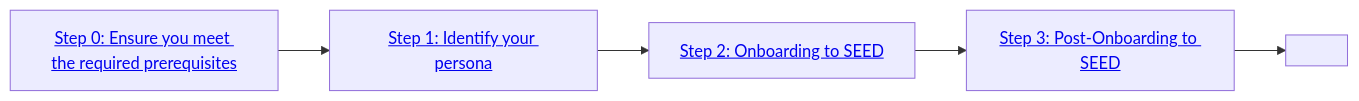
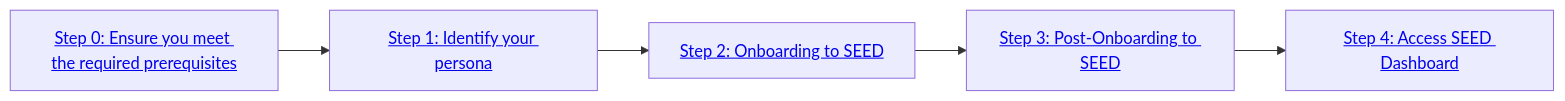
One commit to GovTechSG/seed-primer-documentation changed the diagram in getting-started.md. Above: the diagram before and after it, drawn with Mermaid.

````diff
--- a/getting-started.md
+++ b/getting-started.md
@@ -5,12 +5,12 @@
 ```mermaid
 flowchart LR
     A["<a href='https://docs.developer.tech.gov.sg/docs/staging-seed-primer/getting-started?id=step-0-ensure-you-meet-the-required-prerequisites' >Step 0: Ensure you meet the required prerequisites</a>"]
     B["<a href='https://docs.developer.tech.gov.sg/docs/staging-seed-primer/getting-started?id=step-1-identify-your-onboarding-persona'>Step 1: Identify your persona</a>"]
     C["<a href='https://docs.developer.tech.gov.sg/docs/staging-seed-primer/getting-started?id=step-2-onboard-device-to-seed'>Step 2: Onboarding to SEED</a>"]
     D["<a href='https://docs.developer.tech.gov.sg/docs/staging-seed-primer/post-onboarding-steps'>Step 3: Post-Onboarding to SEED</a>"]
-    E["<a href='https://docs.developer.tech.gov.sg/docs/staging-seed-primer/dashboard>Step 4: Access SEED Dashboard</a>"]
+    E["<a href='https://docs.developer.tech.gov.sg/docs/staging-seed-primer/dashboard'>Step 4: Access SEED Dashboard</a>"]
     A --> B
     B --> C
     C --> D
     D --> E
 ```
````
